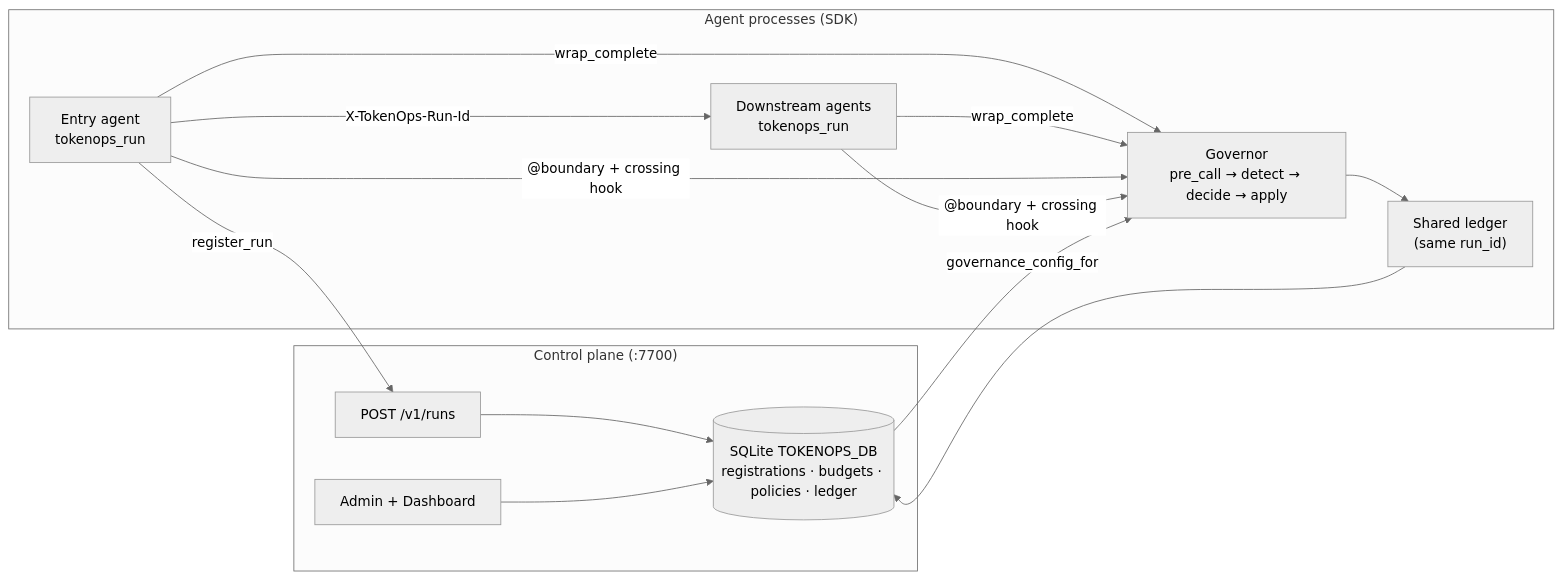
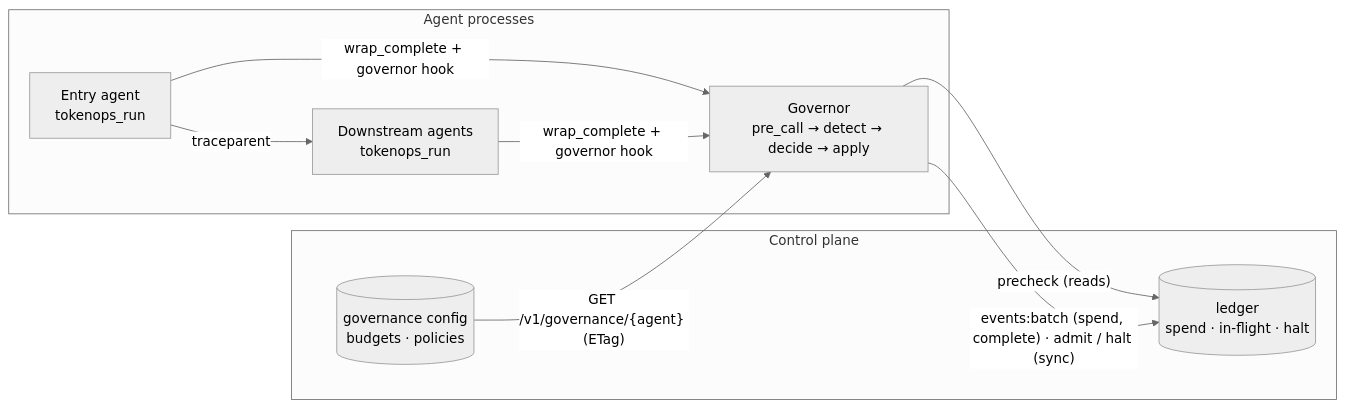
The diagram in README.md (Yashika-1705/Tokenops_collab), drawn with Mermaid (neutral theme) before and after one commit. The commit also changed other lines of this file and 33 other files, not shown here.

First line of the commit message:
docs: rewrite the docs, README and integration skill for TokenOps 1.0 (#175)

````diff
--- a/README.md
+++ b/README.md
@@ -186,18 +187,16 @@
 ```mermaid
 flowchart LR
-    subgraph PLANE["Control plane (:7700)"]
-        R["POST /v1/runs"] --> DB[("SQLite TOKENOPS_DB<br/>registrations · budgets · policies · ledger")]
-        UI["Admin + Dashboard"] --> DB
+    subgraph PLANE["Control plane"]
+        CFG[("governance config<br/>budgets · policies")]
+        LEDGER[("ledger<br/>spend · in-flight · halt")]
     end
 
-    subgraph AGENTS["Agent processes (SDK)"]
-        E["Entry agent<br/>tokenops_run"] -->|"register_run"| R
-        E -->|"X-TokenOps-Run-Id"| D["Downstream agents<br/>tokenops_run"]
-        E & D -->|"wrap_complete"| G["Governor<br/>pre_call → detect → decide → apply"]
-        E & D -->|"@boundary + crossing hook"| G
-        G --> L["Shared ledger<br/>(same run_id)"]
+    subgraph AGENTS["Agent processes"]
+        E["Entry agent<br/>tokenops_run"] -->|"traceparent"| D["Downstream agents<br/>tokenops_run"]
+        E & D -->|"wrap_complete + governor hook"| G["Governor<br/>pre_call → detect → decide → apply"]
     end
 
-    L --> DB
-    DB -->|"governance_config_for"| G
+    CFG -->|"GET /v1/governance/{agent} (ETag)"| G
+    G -->|"precheck (reads)"| LEDGER
+    G -->|"events:batch (spend, complete) · admit / halt (sync)"| LEDGER
 ```
````
